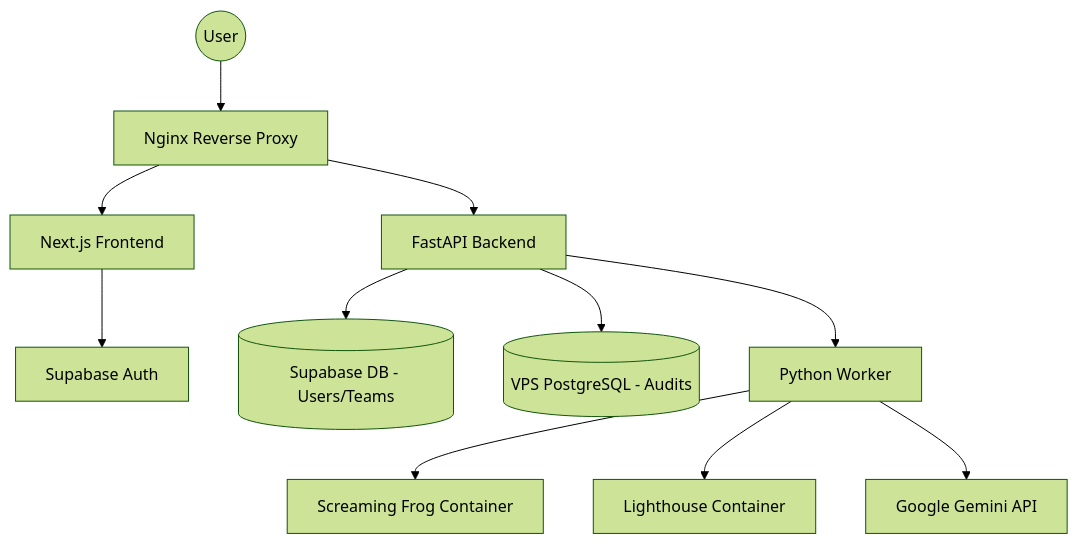
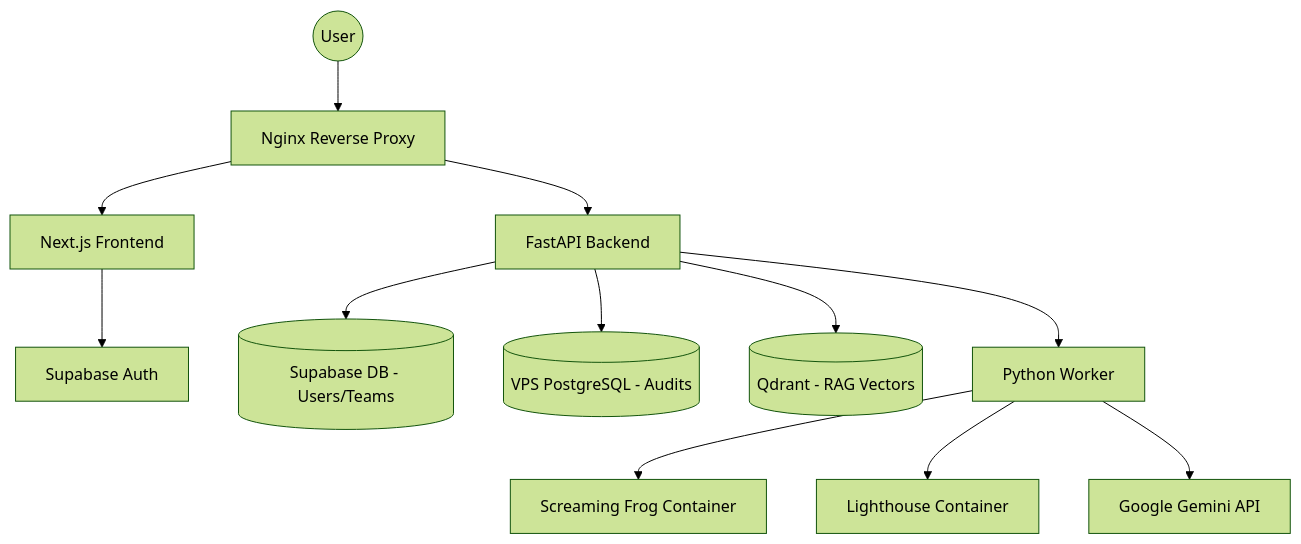
Before and after one commit to dawidkawalec/sitespector: the diagram in .context7/project/ARCHITECTURE.md, drawn with Mermaid (forest theme). The commit also changed other lines of this file and 48 other files, not shown here.

````diff
--- a/.context7/project/ARCHITECTURE.md
+++ b/.context7/project/ARCHITECTURE.md
@@ -6,13 +6,14 @@
 ```mermaid
 graph TD
     User((User)) --> Nginx[Nginx Reverse Proxy]
     Nginx --> Frontend[Next.js Frontend]
     Nginx --> Backend[FastAPI Backend]
     Frontend --> SupabaseAuth[Supabase Auth]
     Backend --> SupabaseDB[(Supabase DB - Users/Teams)]
     Backend --> VPS_DB[(VPS PostgreSQL - Audits)]
+    Backend --> Qdrant[(Qdrant - RAG Vectors)]
     Backend --> Worker[Python Worker]
     Worker --> ScreamingFrog[Screaming Frog Container]
     Worker --> Lighthouse[Lighthouse Container]
     Worker --> GeminiAPI[Google Gemini API]
 ```
````
